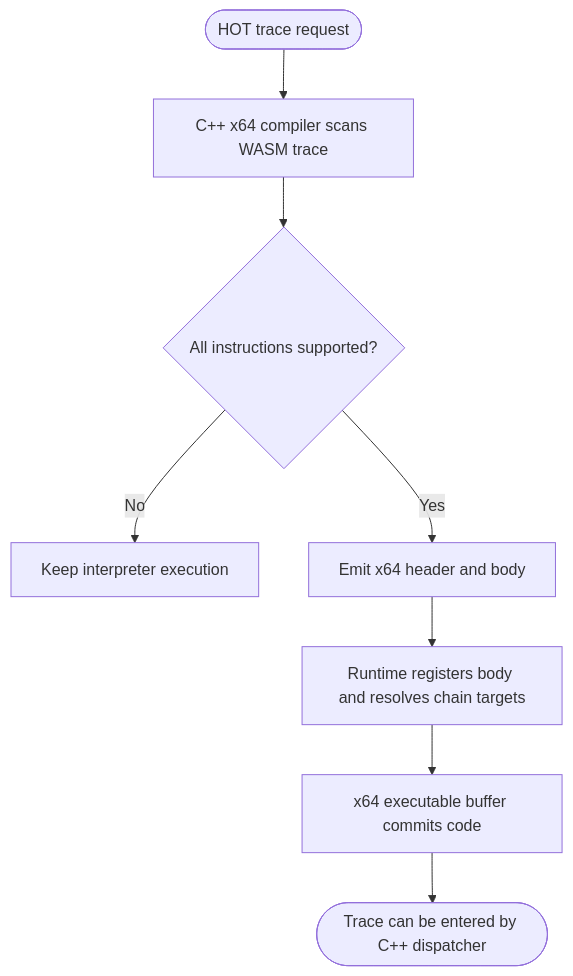
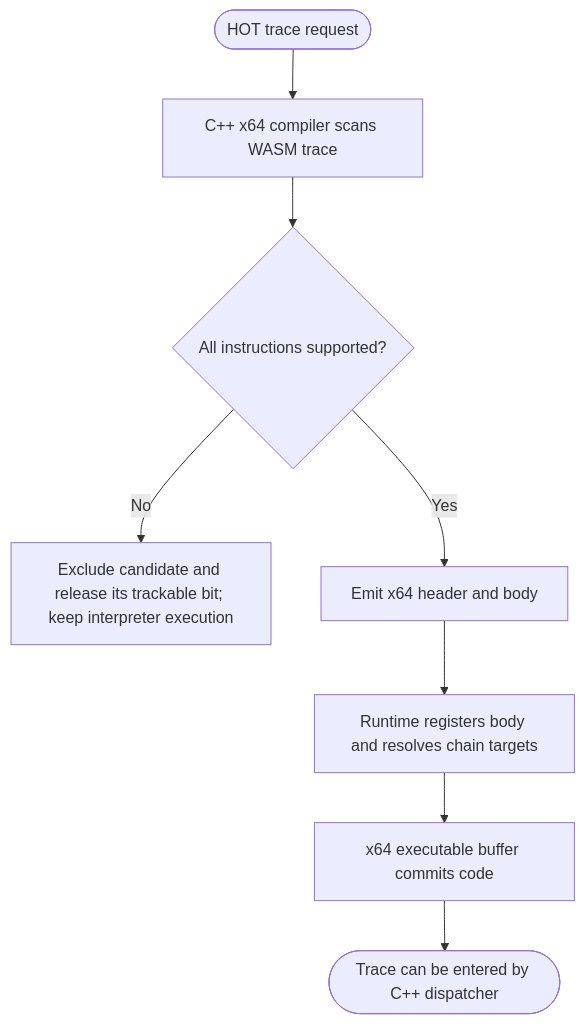
The second of 4 diagrams in docs/components/tier3_plugins/jit_compiler.md (kmt-t/fireball), drawn with Mermaid before and after one commit. The commit also changed other lines of this file and 3 other files, not shown here.

````diff
--- a/docs/components/tier3_plugins/jit_compiler.md
+++ b/docs/components/tier3_plugins/jit_compiler.md
@@ -285,10 +285,10 @@
 ```mermaid
 flowchart TD
     Start(["HOT trace request"]) --> Scan["C++ x64 compiler scans WASM trace"]
     Scan --> Supported{"All instructions supported?"}
-    Supported -- "No" --> Fallback["Keep interpreter execution"]
+    Supported -- "No" --> Fallback["Exclude candidate and release its trackable bit; keep interpreter execution"]
     Supported -- "Yes" --> Emit["Emit x64 header and body"]
     Emit --> Register["Runtime registers body and resolves chain targets"]
     Register --> Protect["x64 executable buffer commits code"]
     Protect --> Ready(["Trace can be entered by C++ dispatcher"])
 ```
````
